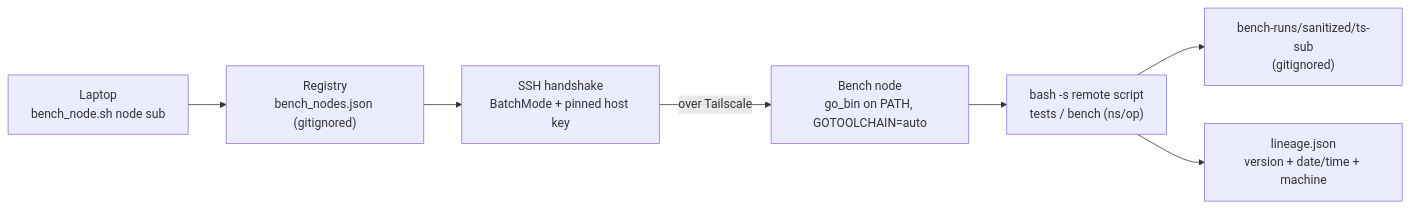
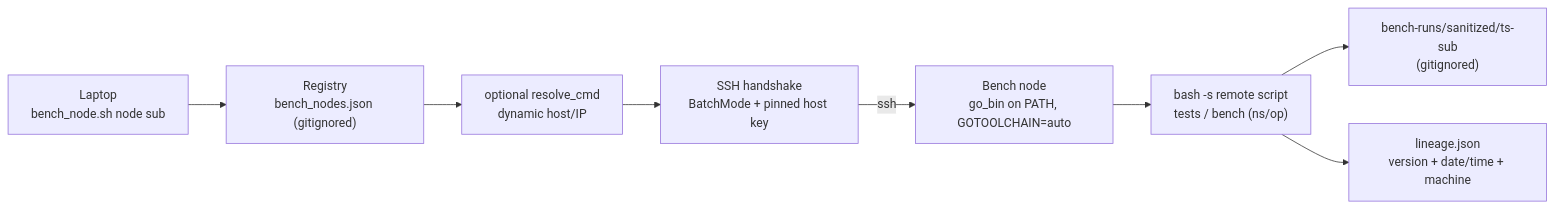
Before and after one commit to anthony-chaudhary/fak: the diagram in tools/bench_node.README.md, drawn with Mermaid. The commit also changed other lines of this file and 6 other files, not shown here.

First line of the commit message:
feat(tools): add resolve_cmd dynamic-IP resolver for ephemeral GCP bench VMs (#12) (fak tools)

````diff
--- a/tools/bench_node.README.md
+++ b/tools/bench_node.README.md
@@ -8,9 +8,10 @@
 ```mermaid
 flowchart LR
   Laptop["Laptop<br/>bench_node.sh node sub"] --> Reg["Registry<br/>bench_nodes.json (gitignored)"]
-  Reg --> SSH["SSH handshake<br/>BatchMode + pinned host key"]
-  SSH -->|"over Tailscale"| Node["Bench node<br/>go_bin on PATH, GOTOOLCHAIN=auto"]
+  Reg --> Resolve["optional resolve_cmd<br/>dynamic host/IP"]
+  Resolve --> SSH["SSH handshake<br/>BatchMode + pinned host key"]
+  SSH -->|"ssh"| Node["Bench node<br/>go_bin on PATH, GOTOOLCHAIN=auto"]
   Node --> Run["bash -s remote script<br/>tests / bench (ns/op)"]
   Run --> Results["bench-runs/sanitized/ts-sub<br/>(gitignored)"]
   Run --> Lineage["lineage.json<br/>version + date/time + machine"]
 ```
````
